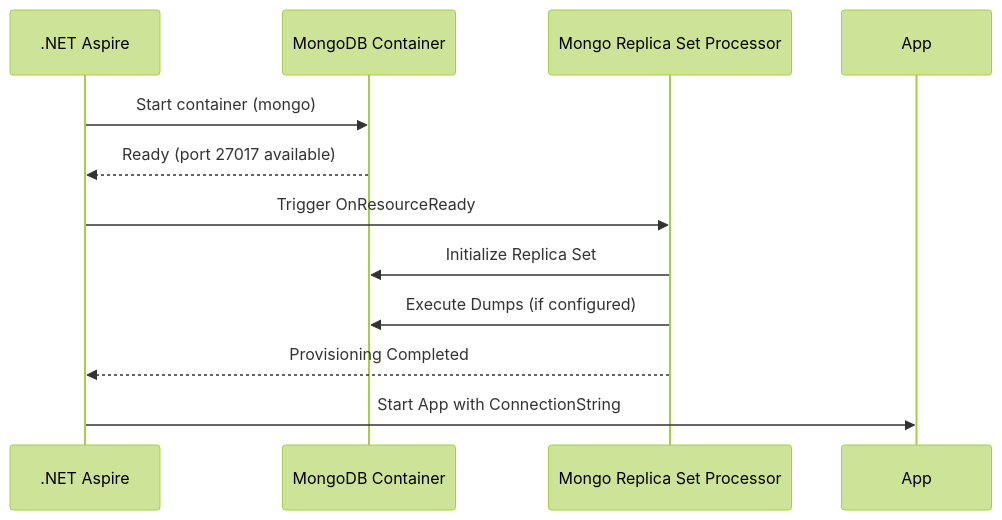
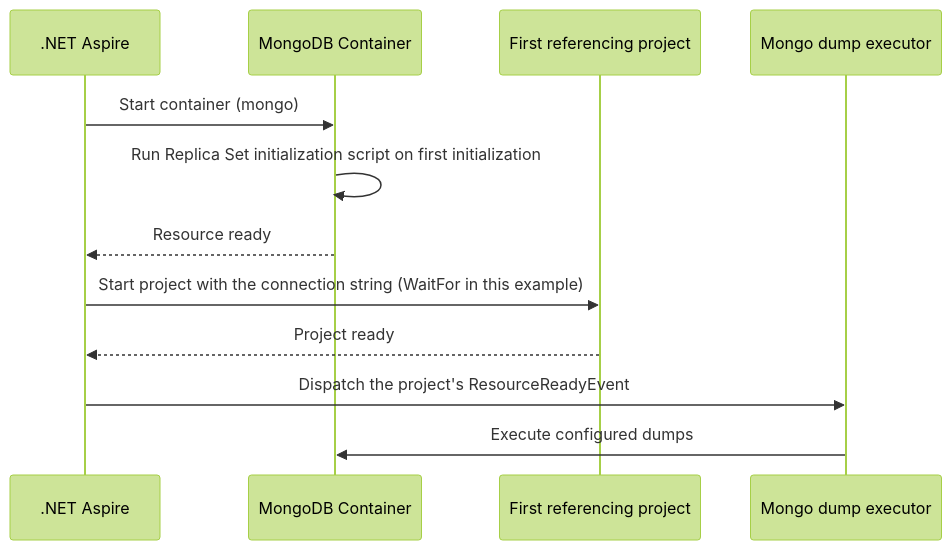
One commit to Marcus-V-Freitas/MVFC.Aspire.Helpers changed the diagram in src/MVFC.Aspire.Helpers.Mongo/README.md. Above: the diagram before and after it, drawn with Mermaid (forest theme). The commit also changed other lines of this file and 8 other files, not shown here.

Commit message:
fix(mongo): support WithDumps after WithReference and update changelog for v11.0.2

````diff
--- a/src/MVFC.Aspire.Helpers.Mongo/README.md
+++ b/src/MVFC.Aspire.Helpers.Mongo/README.md
@@ -123,14 +127,15 @@
 ```mermaid
 sequenceDiagram
     participant Aspire as .NET Aspire
     participant Container as MongoDB Container
-    participant Configurator as Mongo Replica Set Processor
-    
+    participant Project as First referencing project
+    participant Executor as Mongo dump executor
+
     Aspire->>Container: Start container (mongo)
-    Container-->>Aspire: Ready (port 27017 available)
-    Aspire->>Configurator: Trigger OnResourceReady
-    Configurator->>Container: Initialize Replica Set
-    Configurator->>Container: Execute Dumps (if configured)
-    Configurator-->>Aspire: Provisioning Completed
-    Aspire->>App: Start App with ConnectionString
+    Container->>Container: Run Replica Set initialization script on first initialization
+    Container-->>Aspire: Resource ready
+    Aspire->>Project: Start project with the connection string (WaitFor in this example)
+    Project-->>Aspire: Project ready
+    Aspire->>Executor: Dispatch the project's ResourceReadyEvent
+    Executor->>Container: Execute configured dumps
 ```
````
